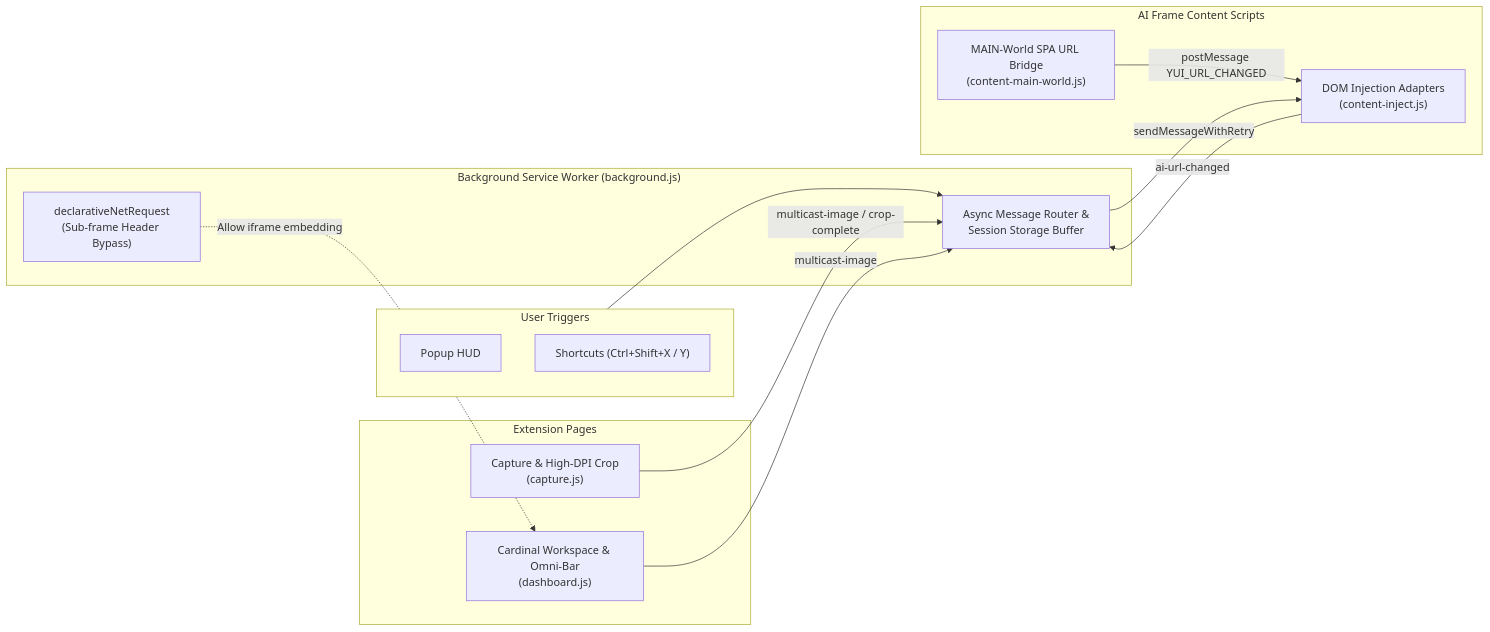
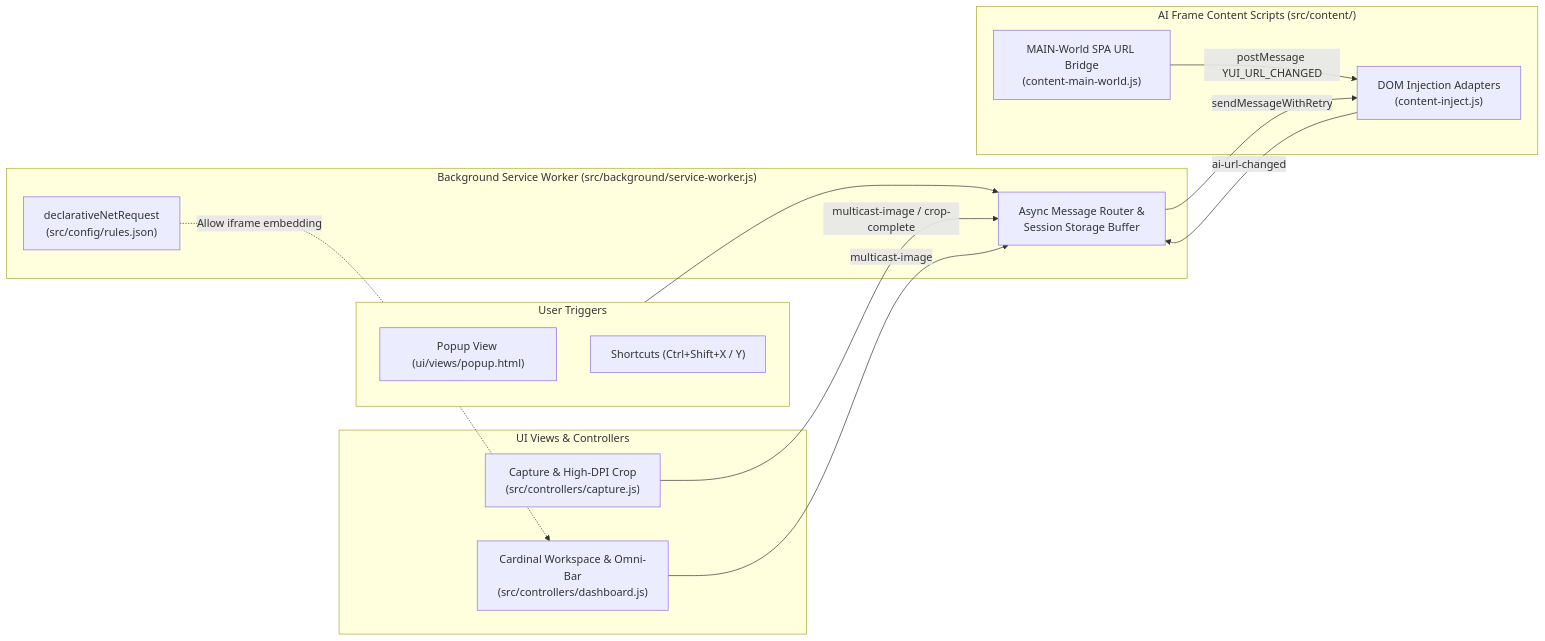
Before and after one commit to NakunaruZeno/Yui.AI: the diagram in README.md, drawn with Mermaid. The commit also changed other lines of this file and 16 other files, not shown here.

Commit message:
refactor: separate architecture into src/ (logic, controllers, content, config) and ui/ (views, styles)

````diff
--- a/README.md
+++ b/README.md
@@ -59,30 +59,30 @@
 ```mermaid
 flowchart LR
   subgraph User["User Triggers"]
-    Popup["Popup HUD"]
+    Popup["Popup View (ui/views/popup.html)"]
     Shortcut["Shortcuts (Ctrl+Shift+X / Y)"]
   end
 
-  subgraph Core["Extension Pages"]
-    Capture["Capture & High-DPI Crop\n(capture.js)"]
-    Dashboard["Cardinal Workspace & Omni-Bar\n(dashboard.js)"]
+  subgraph Core["UI Views & Controllers"]
+    Capture["Capture & High-DPI Crop\n(src/controllers/capture.js)"]
+    Dashboard["Cardinal Workspace & Omni-Bar\n(src/controllers/dashboard.js)"]
   end
 
-  subgraph SW["Background Service Worker (background.js)"]
+  subgraph SW["Background Service Worker (src/background/service-worker.js)"]
     Router["Async Message Router &\nSession Storage Buffer"]
-    DNR["declarativeNetRequest\n(Sub-frame Header Bypass)"]
+    DNR["declarativeNetRequest\n(src/config/rules.json)"]
   end
 
-  subgraph Content["AI Frame Content Scripts"]
+  subgraph Content["AI Frame Content Scripts (src/content/)"]
     Inject["DOM Injection Adapters\n(content-inject.js)"]
     Tracker["MAIN-World SPA URL Bridge\n(content-main-world.js)"]
   end
 
   User --> Router
   Capture -->|multicast-image / crop-complete| Router
   Dashboard -->|multicast-image| Router
   Router -->|sendMessageWithRetry| Inject
   Tracker -->|postMessage YUI_URL_CHANGED| Inject
   Inject -->|ai-url-changed| Router
   DNR -.->|Allow iframe embedding| Dashboard
 ```
````
